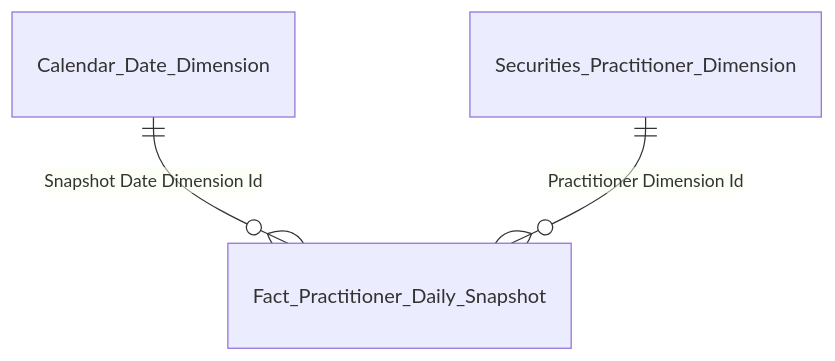
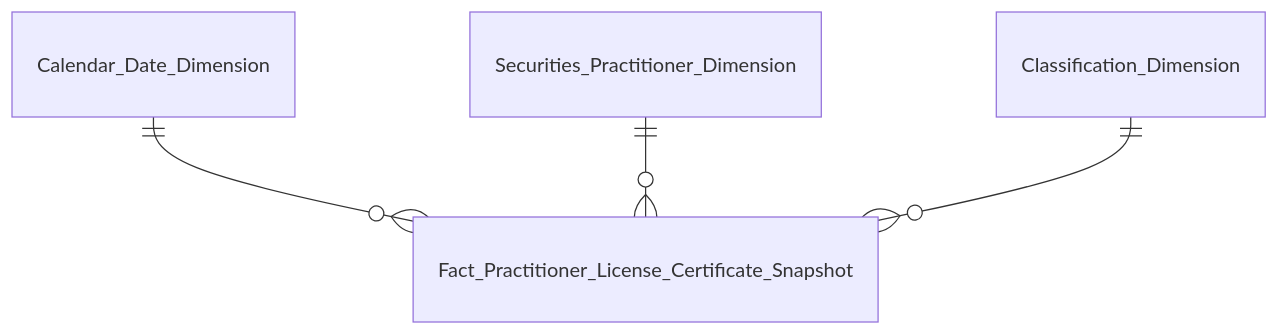
Before and after one commit to linhlvit/ubck_atomic_design: the fifth of 6 diagrams in Datamart/hld/DTM_NHNCK_Entities.md, drawn with Mermaid. The commit also changed other lines of this file and 25 other files, not shown here.

````diff
--- a/Datamart/hld/DTM_NHNCK_Entities.md
+++ b/Datamart/hld/DTM_NHNCK_Entities.md
@@ -108,5 +98,6 @@
 ```mermaid
 erDiagram
-    Calendar_Date_Dimension ||--o{ Fact_Practitioner_Daily_Snapshot : "Snapshot Date Dimension Id"
-    Securities_Practitioner_Dimension ||--o{ Fact_Practitioner_Daily_Snapshot : "Practitioner Dimension Id"
+    Calendar_Date_Dimension ||--o{ Fact_Practitioner_License_Certificate_Snapshot : " "
+    Securities_Practitioner_Dimension ||--o{ Fact_Practitioner_License_Certificate_Snapshot : " "
+    Classification_Dimension ||--o{ Fact_Practitioner_License_Certificate_Snapshot : " "
 ```
````
